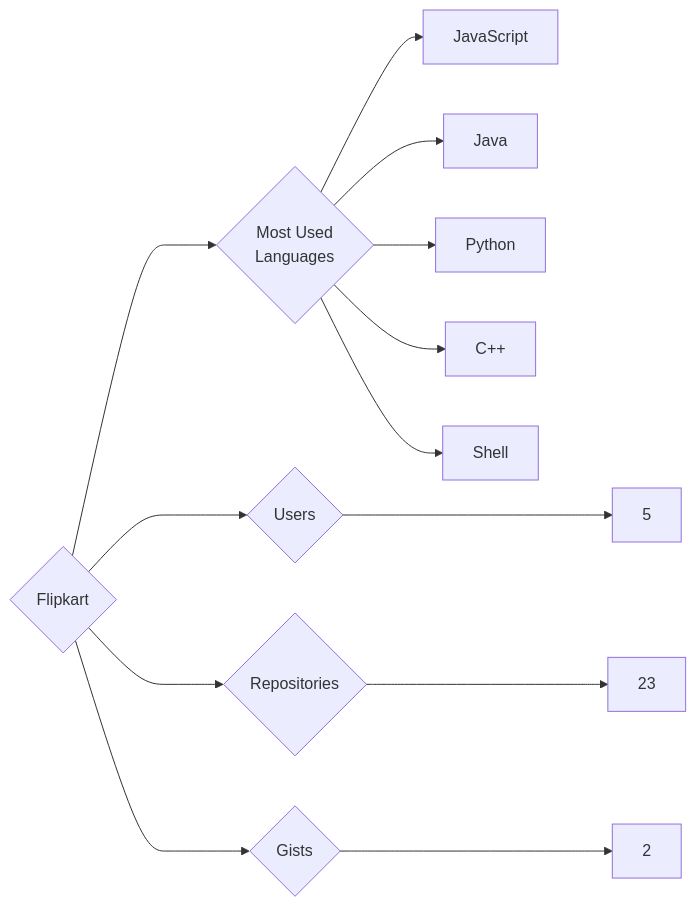
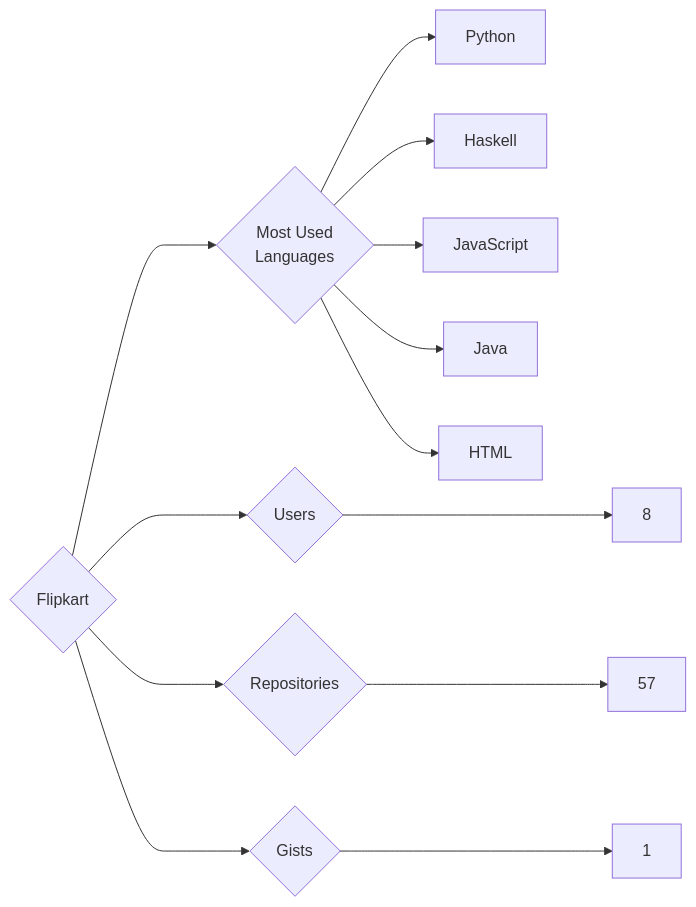
The diagram in targets/Flipkart/README.md (trickest/insiders), drawn with Mermaid before and after one commit. The commit also changed 1175 other files, not shown here.

````diff
--- a/targets/Flipkart/README.md
+++ b/targets/Flipkart/README.md
@@ -3,13 +3,13 @@
 ```mermaid
 graph LR
 COMPANY_NAME{Flipkart}
-COMPANY_NAME ---> U{Users} ---> UN[5]
-COMPANY_NAME ---> R{Repositories} ---> RN[23]
-COMPANY_NAME ---> G{Gists} ---> GN[2]
+COMPANY_NAME ---> U{Users} ---> UN[8]
+COMPANY_NAME ---> R{Repositories} ---> RN[57]
+COMPANY_NAME ---> G{Gists} ---> GN[1]
 COMPANY_NAME ---> ML{Most Used<br>Languages}
+ML --> Python[Python]
+ML --> Haskell[Haskell]
 ML --> JavaScript[JavaScript]
 ML --> Java[Java]
-ML --> Python[Python]
-ML --> C++[C++]
-ML --> Shell[Shell]
+ML --> HTML[HTML]
 ```
````
